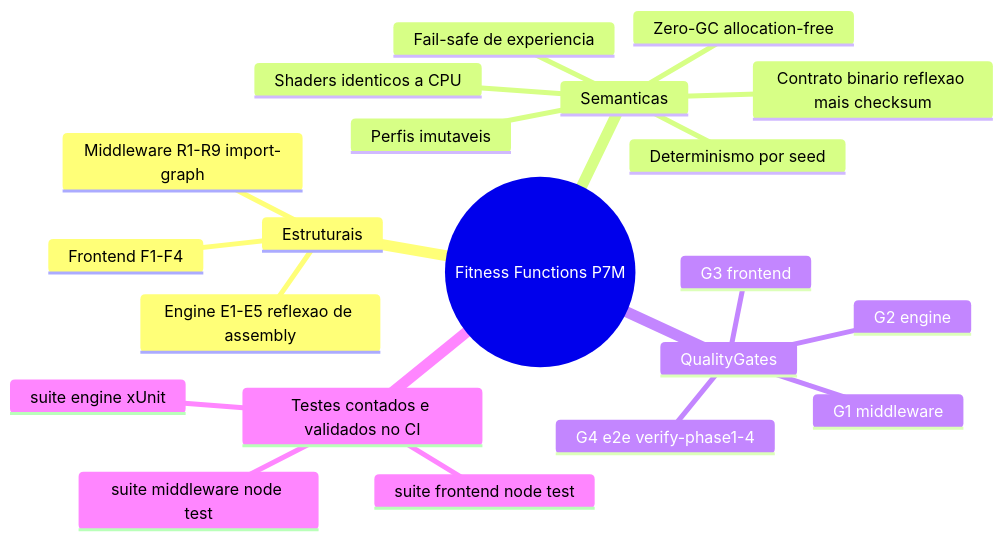
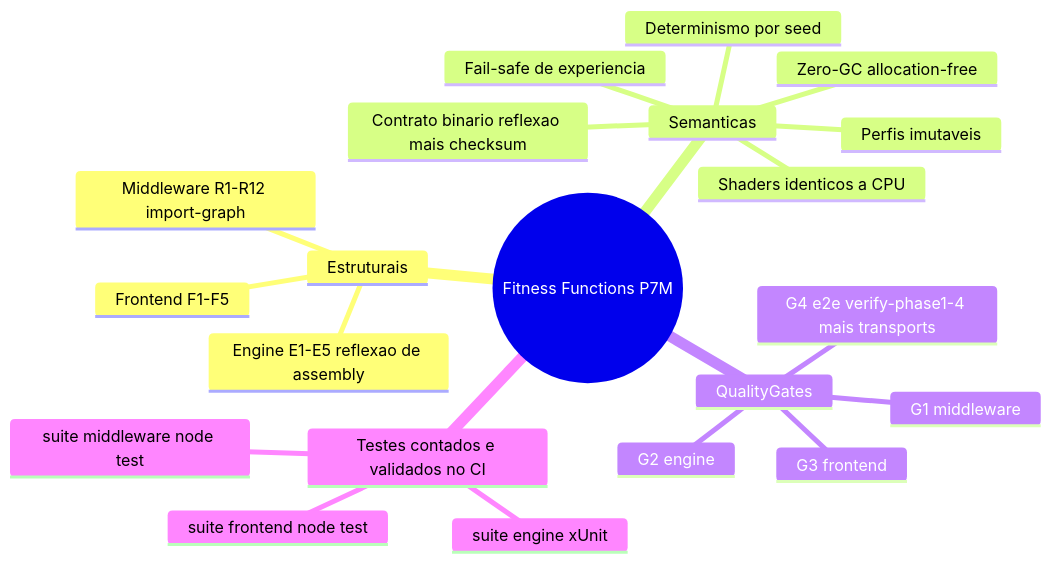
One commit to flaviotinococoutinho/Gridsmith changed the third of 5 diagrams in docs/GOVERNANCE.md. Above: the diagram before and after it, drawn with Mermaid. The commit also changed other lines of this file and 49 other files, not shown here.

````diff
--- a/docs/GOVERNANCE.md
+++ b/docs/GOVERNANCE.md
@@ -111,24 +119,24 @@
 ```mermaid
 mindmap
   root(("Fitness Functions P7M"))
     Estruturais
-      Middleware R1-R9 import-graph
-      Frontend F1-F4
+      Middleware R1-R12 import-graph
+      Frontend F1-F5
       Engine E1-E5 reflexao de assembly
     Semanticas
       Zero-GC allocation-free
       Determinismo por seed
       Contrato binario reflexao mais checksum
       Shaders identicos a CPU
       Perfis imutaveis
       Fail-safe de experiencia
     QualityGates
       G1 middleware
       G2 engine
       G3 frontend
-      G4 e2e verify-phase1-4
+      G4 e2e verify-phase1-4 mais transports
     Testes contados e validados no CI
       suite engine xUnit
       suite middleware node test
       suite frontend node test
 ```
````
